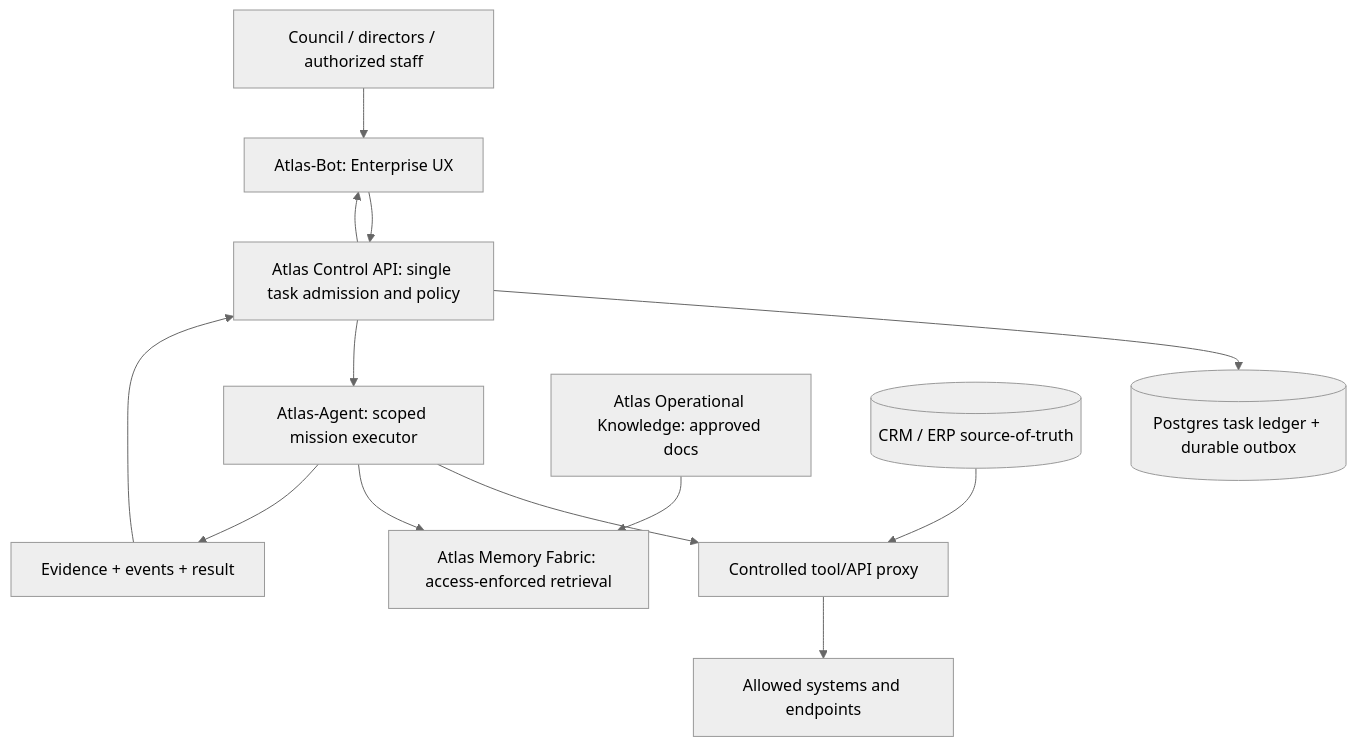
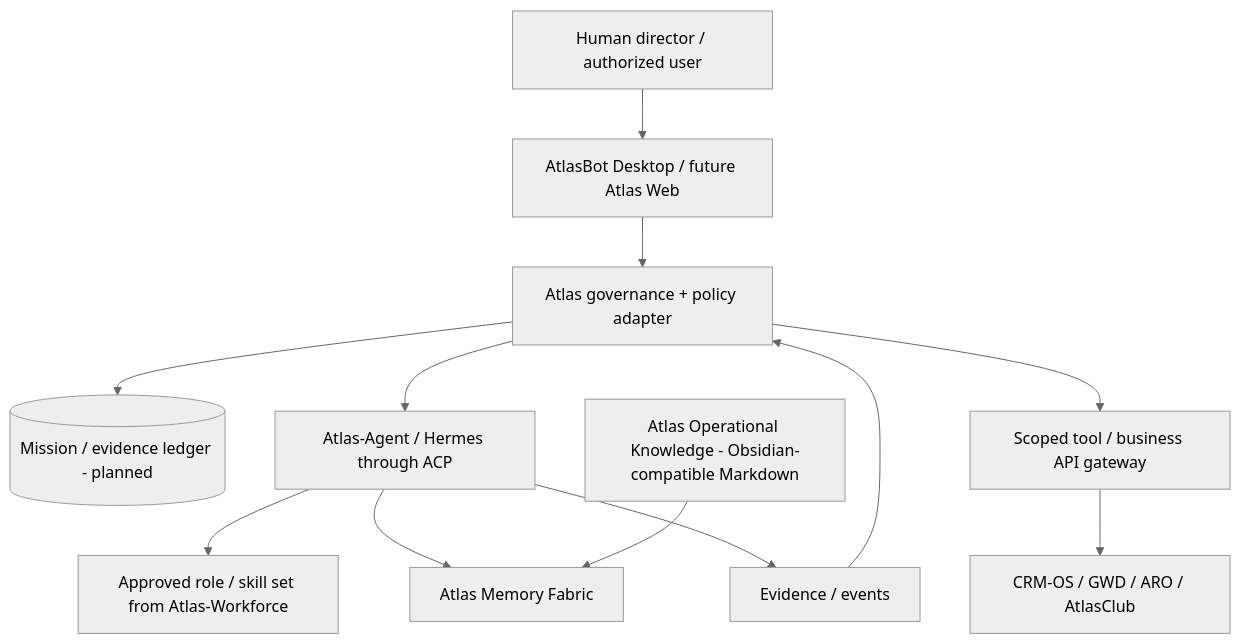
One commit to AtlasHub-Si/Atlas-Harness changed the diagram in docs/architecture.md. Above: the diagram before and after it, drawn with Mermaid (neutral theme). The commit also changed other lines of this file and 3 other files, not shown here.

Commit message:
Docs: Atlas Harness V0.1 canonical architecture and release source of truth

````diff
--- a/docs/architecture.md
+++ b/docs/architecture.md
@@ -18,15 +7,14 @@
 ```mermaid
 flowchart TD
-  U[Council / directors / authorized staff] --> B[Atlas-Bot: Enterprise UX]
-  B --> C[Atlas Control API: single task admission and policy]
-  C --> Q[(Postgres task ledger + durable outbox)]
-  C --> E[Atlas-Agent: scoped mission executor]
-  E --> T[Controlled tool/API proxy]
-  T --> X[Allowed systems and endpoints]
-  E --> M[Atlas Memory Fabric: access-enforced retrieval]
-  K[Atlas Operational Knowledge: approved docs] --> M
-  R[(CRM / ERP source-of-truth)] --> T
-  E --> O[Evidence + events + result]
-  O --> C
-  C --> B
+ U[Human director / authorized user] --> B[AtlasBot Desktop / future Atlas Web]
+ B --> P[Atlas governance + policy adapter]
+ P --> Q[(Mission / evidence ledger - planned)]
+ P --> H[Atlas-Agent / Hermes through ACP]
+ H --> R[Approved role / skill set from Atlas-Workforce]
+ H --> M[Atlas Memory Fabric]
+ K[Atlas Operational Knowledge - Obsidian-compatible Markdown] --> M
+ P --> G[Scoped tool / business API gateway]
+ G --> CRM[CRM-OS / GWD / ARO / AtlasClub]
+ H --> E[Evidence / events]
+ E --> P
 ```
````
